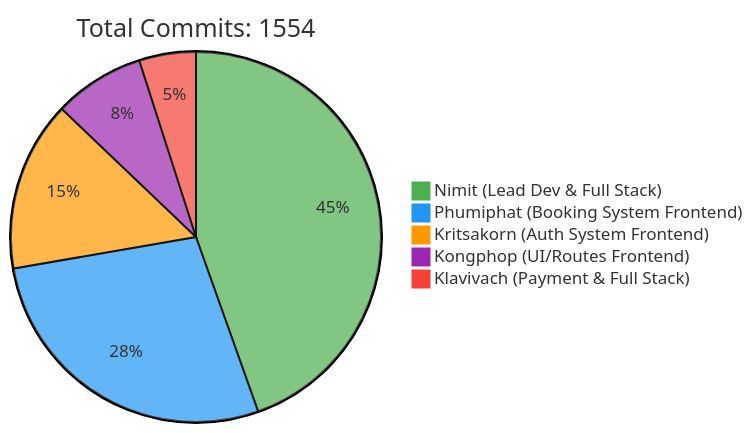
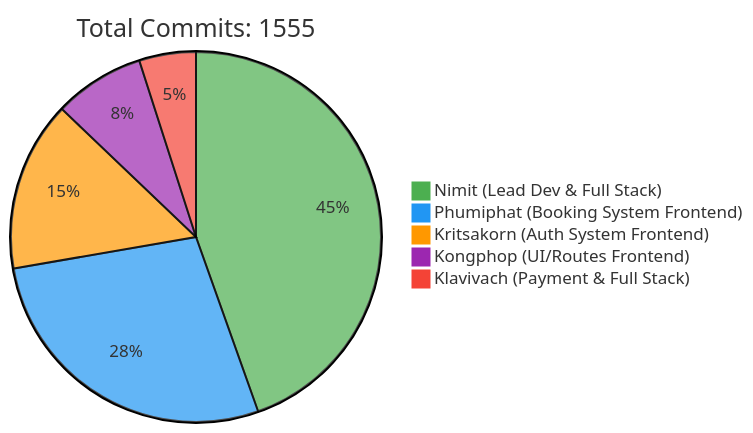
Before and after one commit to 6531503042/Sport-Complex: the first of 2 diagrams in README.md, drawn with Mermaid. The commit also changed other lines of this file, not shown here.

Commit message:
docs: Update contributor statistics [skip ci]

````diff
--- a/README.md
+++ b/README.md
@@ -257,10 +257,10 @@
 ```mermaid
 %%{init: {'theme': 'base', 'themeVariables': { 'pie1': '#4CAF50', 'pie2': '#2196F3', 'pie3': '#FF9800', 'pie4': '#9C27B0', 'pie5': '#F44336'}}}%%
 pie
-    title Total Commits: 1554
+    title Total Commits: 1555
     "Nimit (Lead Dev & Full Stack)" : 450
     "Phumiphat (Booking System Frontend)" : 280
     "Kritsakorn (Auth System Frontend)" : 150
     "Kongphop (UI/Routes Frontend)" : 80
     "Klavivach (Payment & Full Stack)" : 50
 ```
````
